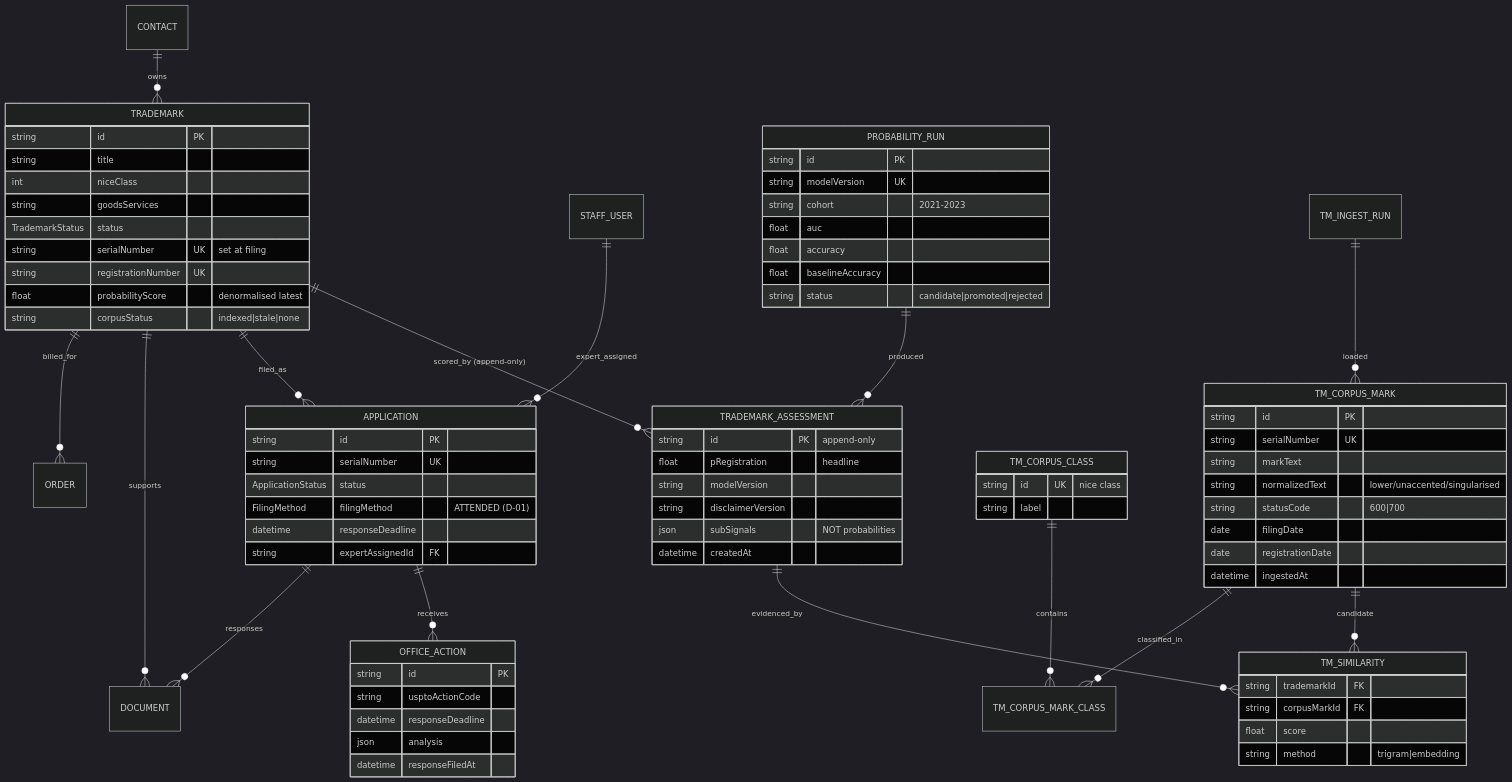
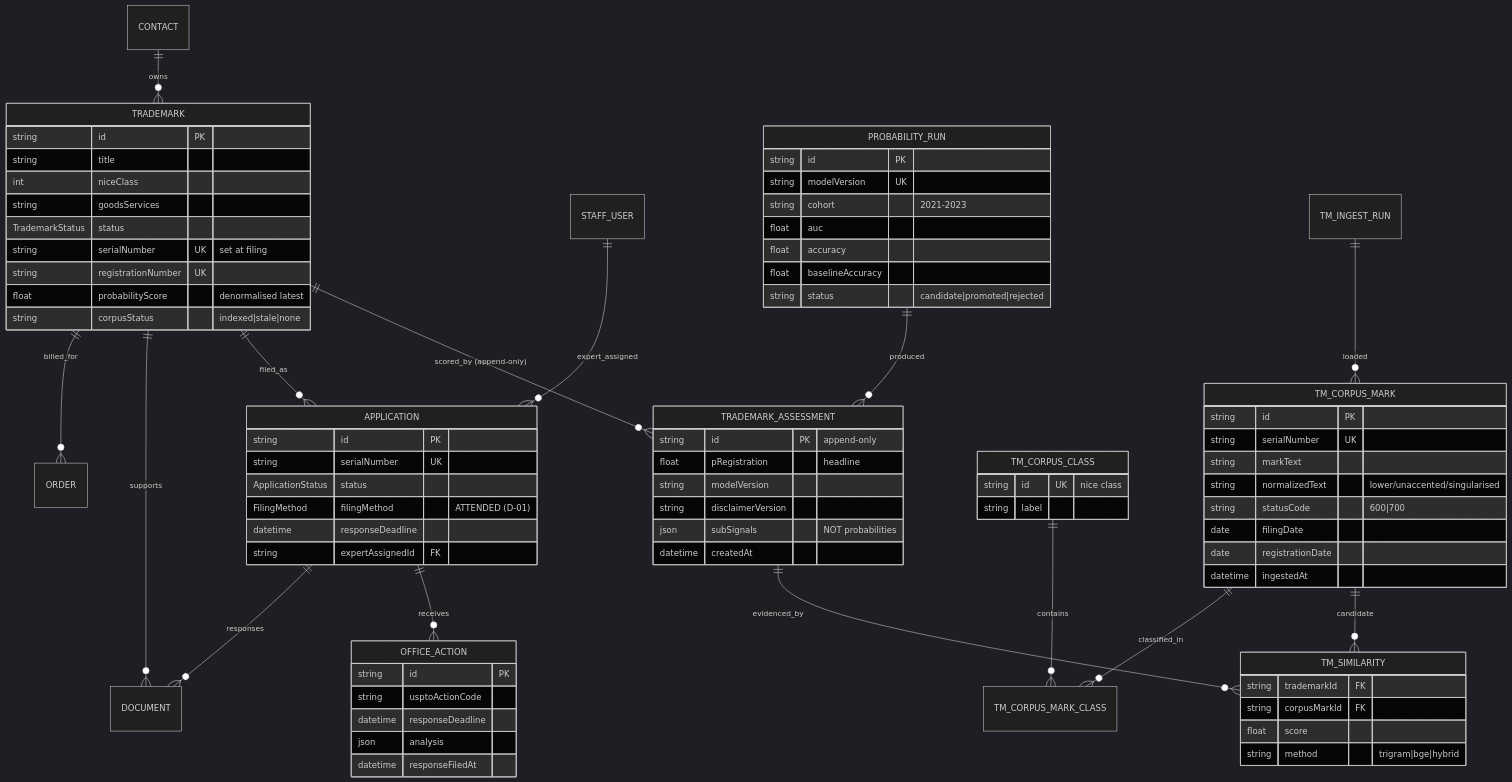
Before and after one commit to risk-free/Mark-us: the second of 3 diagrams in docs/architecture/02-data-model.md, drawn with Mermaid (dark theme). The commit also changed other lines of this file and 4 other files, not shown here.

````diff
--- a/docs/architecture/02-data-model.md
+++ b/docs/architecture/02-data-model.md
@@ -119,81 +119,81 @@
 ```mermaid
 erDiagram
   CONTACT ||--o{ TRADEMARK : "owns"
   TRADEMARK ||--o{ TRADEMARK_ASSESSMENT : "scored_by (append-only)"
   TRADEMARK ||--o{ APPLICATION : "filed_as"
   TRADEMARK ||--o{ DOCUMENT : "supports"
   TRADEMARK ||--o{ ORDER : "billed_for"
   APPLICATION ||--o{ OFFICE_ACTION : "receives"
   APPLICATION ||--o{ DOCUMENT : "responses"
   STAFF_USER ||--o{ APPLICATION : "expert_assigned"
   PROBABILITY_RUN ||--o{ TRADEMARK_ASSESSMENT : "produced"
   TRADEMARK_ASSESSMENT ||--o{ TM_SIMILARITY : "evidenced_by"
   TM_CORPUS_MARK ||--o{ TM_SIMILARITY : "candidate"
   TM_CORPUS_MARK ||--o{ TM_CORPUS_MARK_CLASS : "classified_in"
   TM_CORPUS_CLASS ||--o{ TM_CORPUS_MARK_CLASS : "contains"
   TM_INGEST_RUN ||--o{ TM_CORPUS_MARK : "loaded"
 
   TRADEMARK {
     string id PK
     string title
     int niceClass
     string goodsServices
     TrademarkStatus status
     string serialNumber UK "set at filing"
     string registrationNumber UK
     float probabilityScore "denormalised latest"
     string corpusStatus "indexed|stale|none"
   }
   TRADEMARK_ASSESSMENT {
     string id PK "append-only"
     float pRegistration "headline"
     string modelVersion
     string disclaimerVersion
     json subSignals "NOT probabilities"
     datetime createdAt
   }
   PROBABILITY_RUN {
     string id PK
     string modelVersion UK
     string cohort "2021-2023"
     float auc
     float accuracy
     float baselineAccuracy
     string status "candidate|promoted|rejected"
   }
   APPLICATION {
     string id PK
     string serialNumber UK
     ApplicationStatus status
     FilingMethod filingMethod "ATTENDED (D-01)"
     datetime responseDeadline
     string expertAssignedId FK
   }
   OFFICE_ACTION {
     string id PK
     string usptoActionCode
     datetime responseDeadline
     json analysis
     datetime responseFiledAt
   }
   TM_CORPUS_MARK {
     string id PK
     string serialNumber UK
     string markText
     string normalizedText "lower/unaccented/singularised"
     string statusCode "600|700"
     date filingDate
     date registrationDate
     datetime ingestedAt
   }
   TM_CORPUS_CLASS {
     string id UK "nice class"
     string label
   }
   TM_SIMILARITY {
     string trademarkId FK
     string corpusMarkId FK
     float score
-    string method "trigram|embedding"
+    string method "trigram|bge|hybrid"
   }
 ```
````
